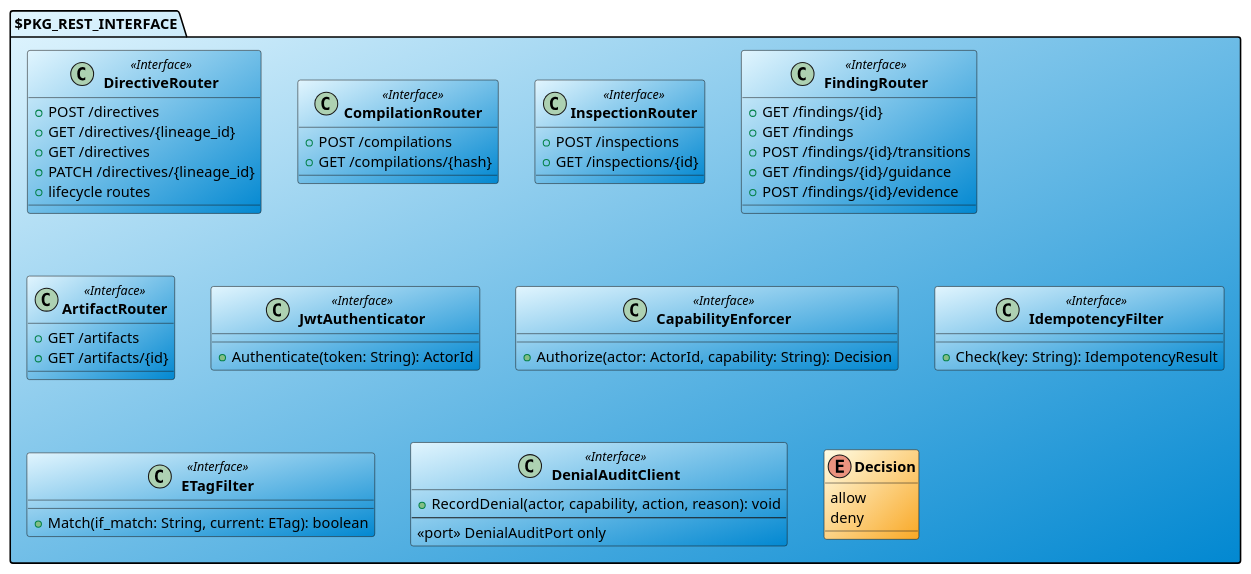
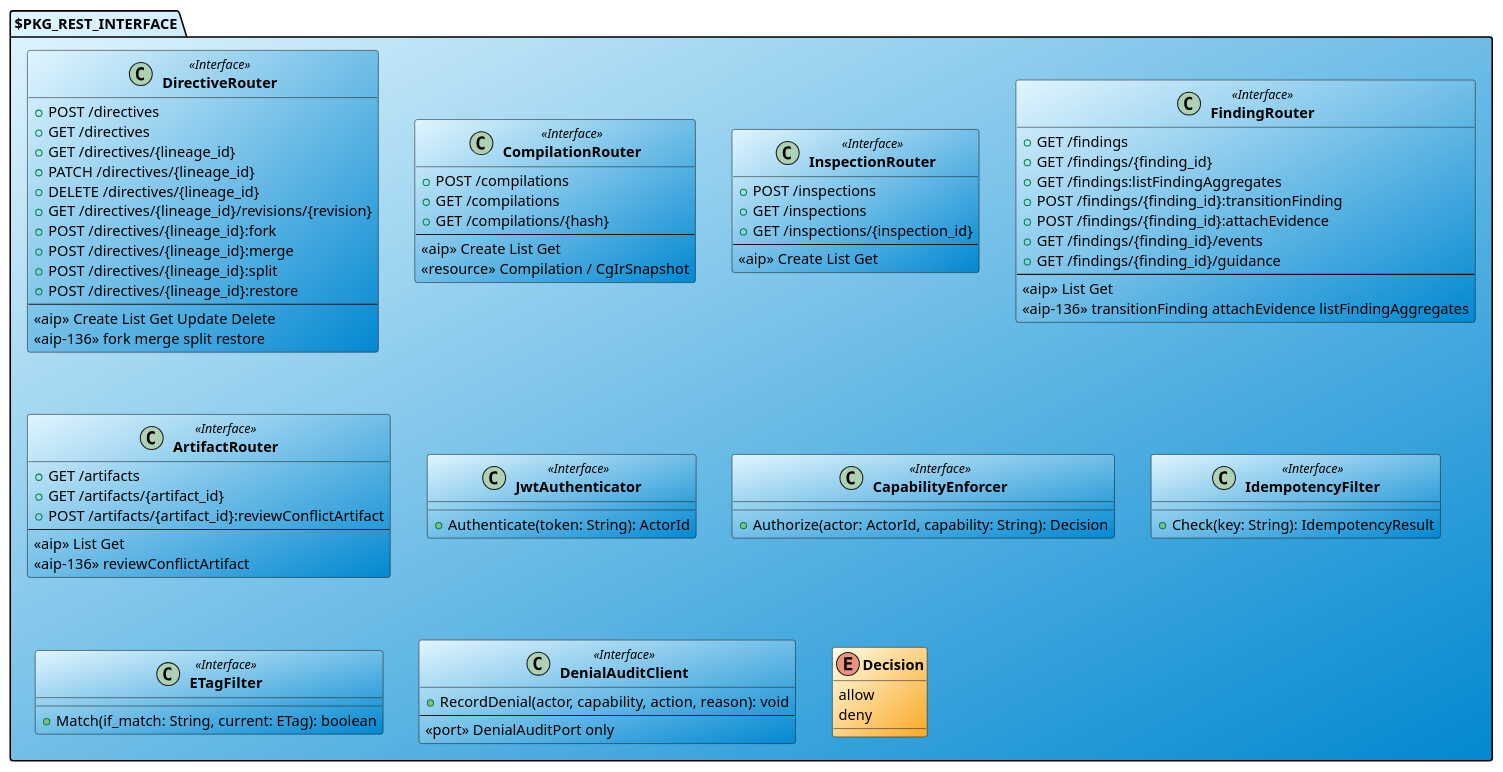
Before and after one commit to salimnamvar/selma: the diagram in docs/class/common/cd_section_iface_rest.puml, drawn with PlantUML. The commit also changed other lines of this file and 26 other files, not shown here.

First line of the commit message:
docs(api): absorb OpenAPI into AIP-121 ROD design identity

```diff
--- a/docs/class/common/cd_section_iface_rest.puml
+++ b/docs/class/common/cd_section_iface_rest.puml
@@ -1,66 +1,92 @@
 ' Section: cd_section_iface_rest.puml
+' Paths identical to docs/api (AIP-121 standard + AIP-136 custom methods)
+' operationId ↔ class <<Use Case>> (ROD Verb+Resource)
 
 package "$PKG_REST_INTERFACE" as IF_REST #E1F5FE/0288D1 {
 
   class "**DirectiveRouter**" as DirectiveRouter <<Interface>> #E1F5FE/0288D1 {
     + POST /directives
+    + GET /directives
     + GET /directives/{lineage_id}
-    + GET /directives
     + PATCH /directives/{lineage_id}
-    + lifecycle routes
+    + DELETE /directives/{lineage_id}
+    + GET /directives/{lineage_id}/revisions/{revision}
+    + POST /directives/{lineage_id}:fork
+    + POST /directives/{lineage_id}:merge
+    + POST /directives/{lineage_id}:split
+    + POST /directives/{lineage_id}:restore
+    --
+    <<aip>> Create List Get Update Delete
+    <<aip-136>> fork merge split restore
   }
 
   class "**CompilationRouter**" as CompilationRouter <<Interface>> #E1F5FE/0288D1 {
     + POST /compilations
+    + GET /compilations
     + GET /compilations/{hash}
+    --
+    <<aip>> Create List Get
+    <<resource>> Compilation / CgIrSnapshot
   }
 
   class "**InspectionRouter**" as InspectionRouter <<Interface>> #E1F5FE/0288D1 {
     + POST /inspections
-    + GET /inspections/{id}
+    + GET /inspections
+    + GET /inspections/{inspection_id}
+    --
+    <<aip>> Create List Get
   }
 
   class "**FindingRouter**" as FindingRouter <<Interface>> #E1F5FE/0288D1 {
-    + GET /findings/{id}
     + GET /findings
-    + POST /findings/{id}/transitions
-    + GET /findings/{id}/guidance
-    + POST /findings/{id}/evidence
+    + GET /findings/{finding_id}
+    + GET /findings:listFindingAggregates
+    + POST /findings/{finding_id}:transitionFinding
+    + POST /findings/{finding_id}:attachEvidence
+    + GET /findings/{finding_id}/events
+    + GET /findings/{finding_id}/guidance
+    --
+    <<aip>> List Get
+    <<aip-136>> transitionFinding attachEvidence listFindingAggregates
   }
 
   class "**ArtifactRouter**" as ArtifactRouter <<Interface>> #E1F5FE/0288D1 {
     + GET /artifacts
-    + GET /artifacts/{id}
+    + GET /artifacts/{artifact_id}
+    + POST /artifacts/{artifact_id}:reviewConflictArtifact
+    --
+    <<aip>> List Get
+    <<aip-136>> reviewConflictArtifact
   }
 
   class "**JwtAuthenticator**" as JwtAuthenticator <<Interface>> #E1F5FE/0288D1 {
     + Authenticate(token: String): ActorId
   }
 
   class "**CapabilityEnforcer**" as RestCapabilityEnforcer <<Interface>> #E1F5FE/0288D1 {
     + Authorize(actor: ActorId, capability: String): Decision
   }
 
   class "**IdempotencyFilter**" as IdempotencyFilter <<Interface>> #E1F5FE/0288D1 {
     + Check(key: String): IdempotencyResult
   }
 
   class "**ETagFilter**" as ETagFilter <<Interface>> #E1F5FE/0288D1 {
     + Match(if_match: String, current: ETag): boolean
   }
 
   class "**DenialAuditClient**" as DenialAuditClient <<Interface>> #E1F5FE/0288D1 {
     + RecordDenial(actor, capability, action, reason): void
     --
     <<port>> DenialAuditPort only
   }
 
   enum "**Decision**" as Decision #FFFDE7/F9A825 {
     allow
     deny
   }
 }
 
 ' ═══════════════════════════════════════════════════════════
 '  cli_interface (C4: clients)
 ' ═══════════════════════════════════════════════════════════
```
